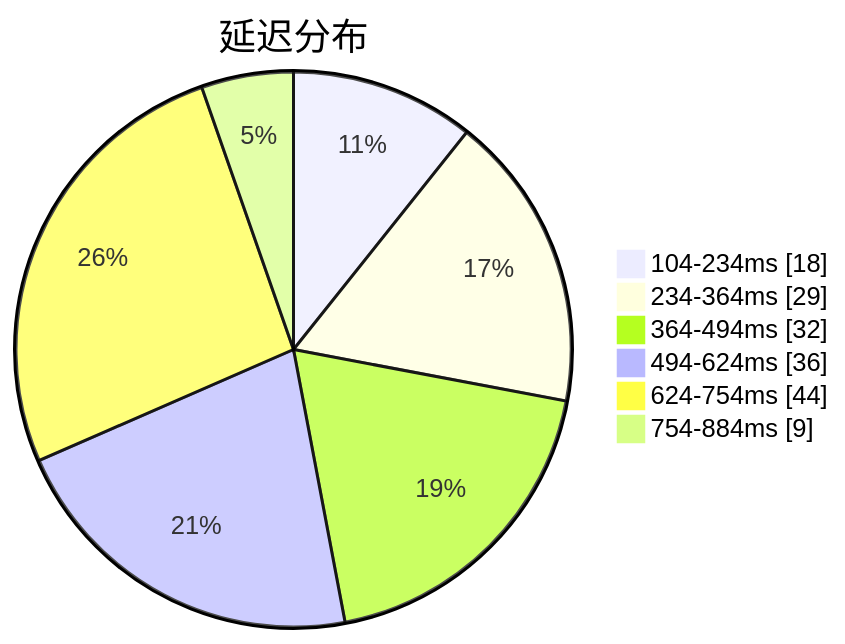
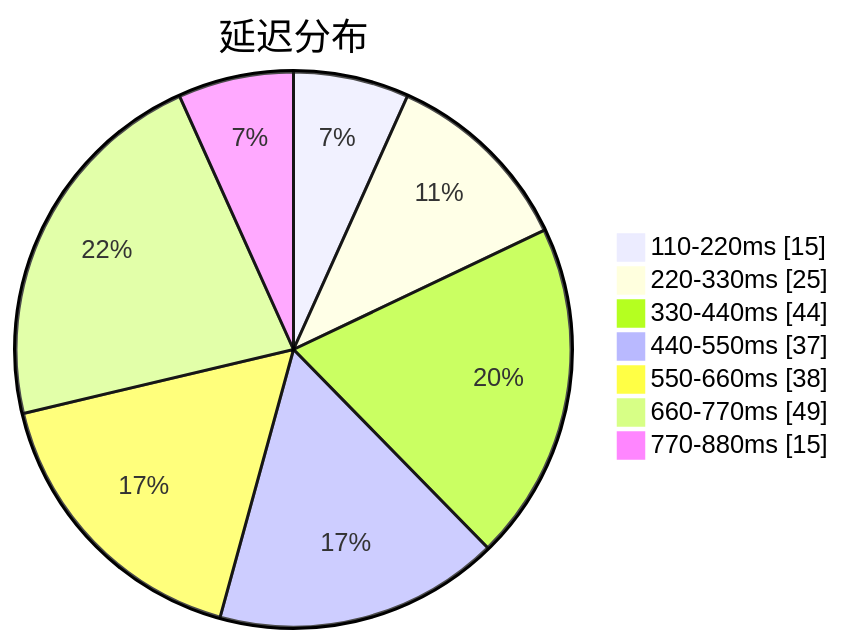
One commit to sinspired/airport changed the first of 3 diagrams in subs/statistics/tested_within.md. Above: the diagram before and after it, drawn with Mermaid. The commit also changed other lines of this file and 2 other files, not shown here.

````diff
--- a/subs/statistics/tested_within.md
+++ b/subs/statistics/tested_within.md
@@ -2,10 +2,11 @@
 ```mermaid
 pie showData
 title 延迟分布
-"104-234ms" : 18
-"234-364ms" : 29
-"364-494ms" : 32
-"494-624ms" : 36
-"624-754ms" : 44
-"754-884ms" : 9
+"110-220ms" : 15
+"220-330ms" : 25
+"330-440ms" : 44
+"440-550ms" : 37
+"550-660ms" : 38
+"660-770ms" : 49
+"770-880ms" : 15
 ```
````
